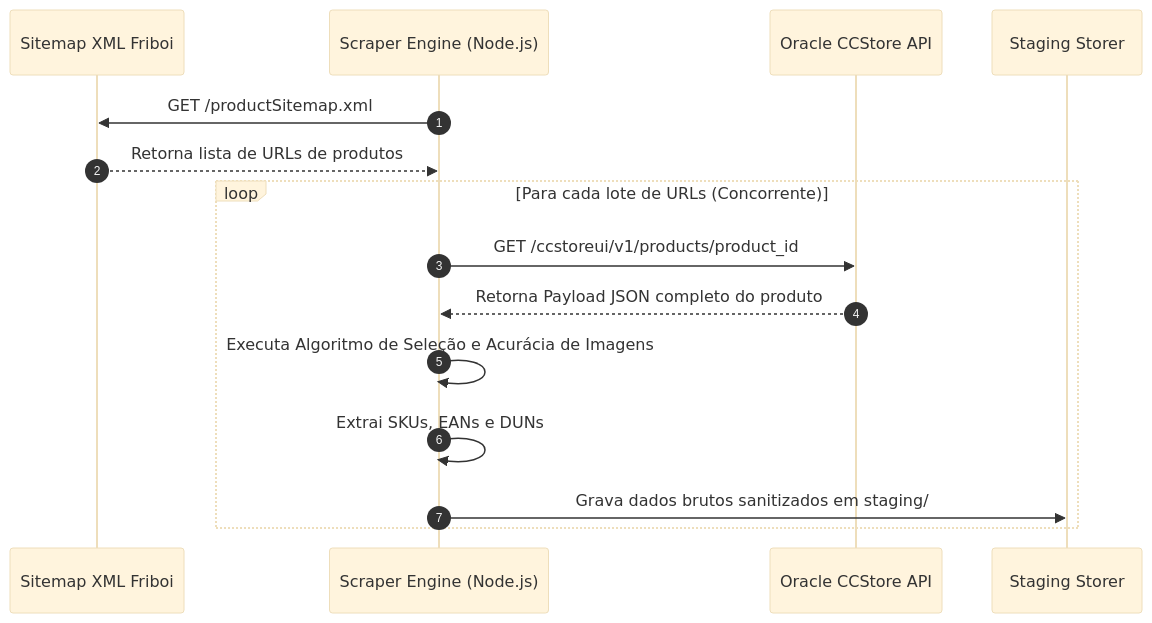
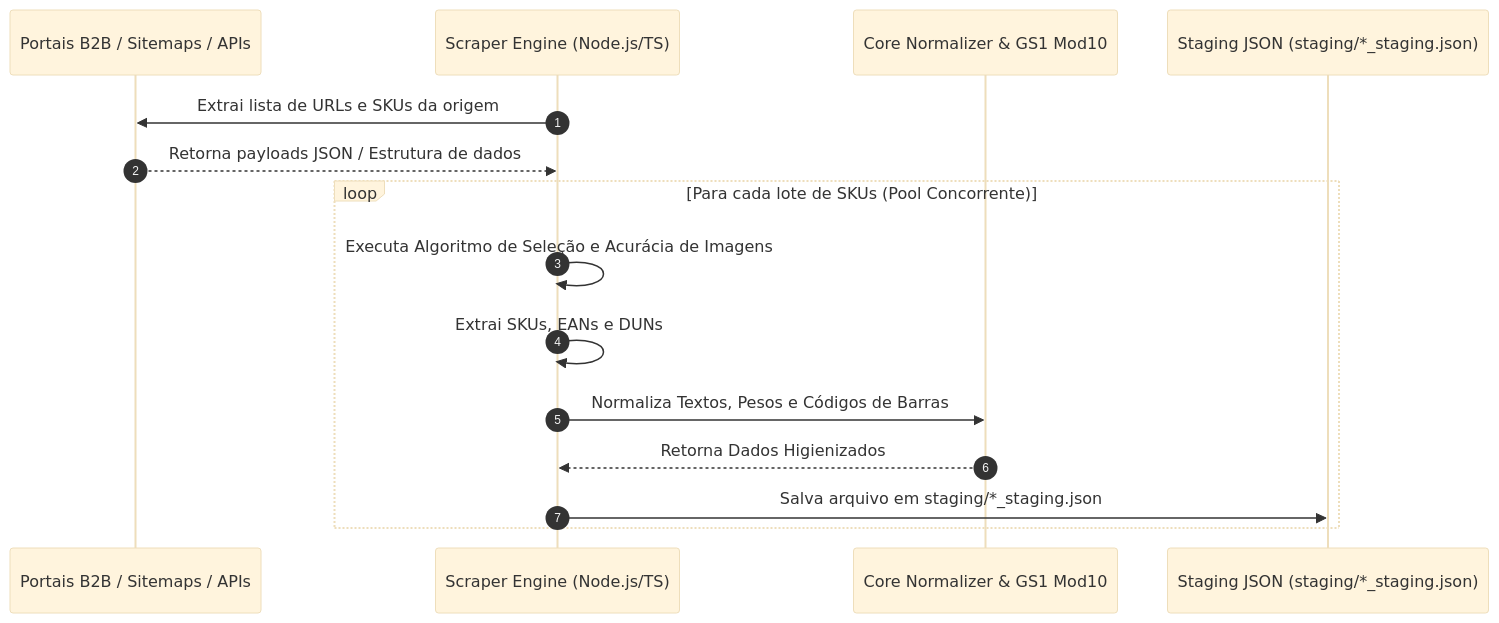
One commit to NaejBarbosa/paletscan-etl changed the diagram in docs/pipeline-friboi.md. Above: the diagram before and after it, drawn with Mermaid (base theme). The commit also changed other lines of this file, not shown here.

Commit message:
docs: update pipeline-friboi.md with full multi-supplier scrapers documentation

````diff
--- a/docs/pipeline-friboi.md
+++ b/docs/pipeline-friboi.md
@@ -11,18 +22,18 @@
 ```mermaid
 sequenceDiagram
     autonumber
-    participant Sitemap as Sitemap XML Friboi
-    participant Scraper as Scraper Engine (Node.js)
-    participant CCStore as Oracle CCStore API
-    participant Staging as Staging Storer
+    participant Portais as Portais B2B / Sitemaps / APIs
+    participant Engine as Scraper Engine (Node.js/TS)
+    participant Core as Core Normalizer & GS1 Mod10
+    participant Staging as Staging JSON (staging/*_staging.json)
 
-    Scraper->>Sitemap: GET /productSitemap.xml
-    Sitemap-->>Scraper: Retorna lista de URLs de produtos
-    loop Para cada lote de URLs (Concorrente)
-        Scraper->>CCStore: GET /ccstoreui/v1/products/product_id
-        CCStore-->>Scraper: Retorna Payload JSON completo do produto
-        Scraper->>Scraper: Executa Algoritmo de Seleção e Acurácia de Imagens
-        Scraper->>Scraper: Extrai SKUs, EANs e DUNs
-        Scraper->>Staging: Grava dados brutos sanitizados em staging/
+    Engine->>Portais: Extrai lista de URLs e SKUs da origem
+    Portais-->>Engine: Retorna payloads JSON / Estrutura de dados
+    loop Para cada lote de SKUs (Pool Concorrente)
+        Engine->>Engine: Executa Algoritmo de Seleção e Acurácia de Imagens
+        Engine->>Engine: Extrai SKUs, EANs e DUNs
+        Engine->>Core: Normaliza Textos, Pesos e Códigos de Barras
+        Core-->>Engine: Retorna Dados Higienizados
+        Engine->>Staging: Salva arquivo em staging/*_staging.json
     end
 ```
````
